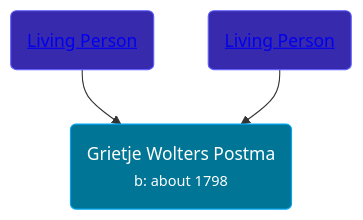
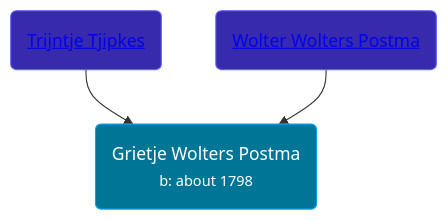
The diagram in pages/people/1/16677181.md (wpmgotkh/wpmgotkh.github.io), drawn with Mermaid before and after one commit. The commit also changed other lines of this file and 586 other files, not shown here.

Commit message:
feat: better shouldConsiderPersonLiving algo

````diff
--- a/pages/people/1/16677181.md
+++ b/pages/people/1/16677181.md
@@ -11,9 +11,9 @@
 ```mermaid
 graph
 classDef grands fill:#193cb8,stroke:#2b7fff,stroke-width:1px,color:#fff;
 classDef parents fill:#372aac,stroke:#615fff,stroke-width:1px,color:#fff;
 classDef primary fill:#007595,stroke:#00a6f4,stroke-width:1px,color:#fff;
 16677181(Grietje Wolters Postma<br /><small>b: about 1798</small>):::primary
-78249927(<a class="text-white" href="/people/7/78249927">Living Person</a>):::parents-->16677181
-26527652(<a class="text-white" href="/people/2/26527652">Living Person</a>):::parents-->16677181
+78249927(<a class="text-white" href="/people/7/78249927">Trijntje Tjipkes</a>):::parents-->16677181
+26527652(<a class="text-white" href="/people/2/26527652">Wolter Wolters Postma</a>):::parents-->16677181
 ```
````
